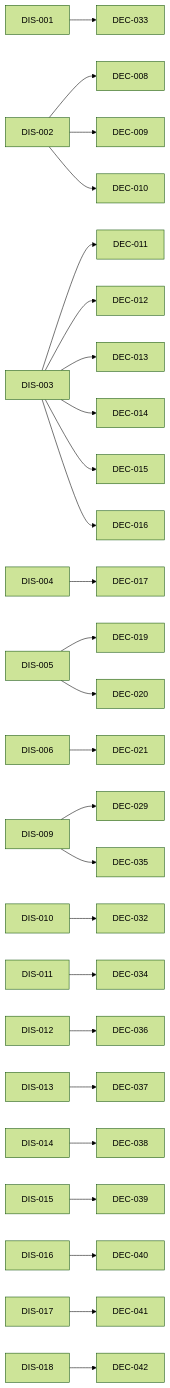
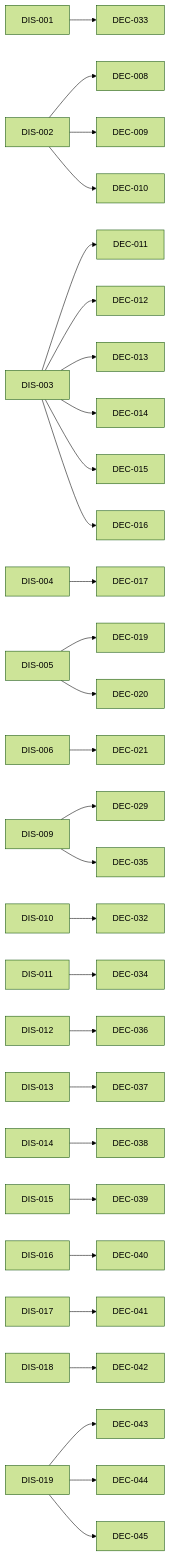
Before and after one commit to amartis/sonoai_research_notes: the diagram in INDEX.md, drawn with Mermaid (forest theme). The commit also changed other lines of this file and 4 other files, not shown here.

First line of the commit message:
DIS-019, DEC-043/044/045: cirrhosis training task (GT organ layer, sample set and split, per-sample matrices)

````diff
--- a/INDEX.md
+++ b/INDEX.md
@@ -149,28 +159,31 @@
 ```mermaid
 flowchart LR
   DIS_001[DIS-001] --> DEC_033[DEC-033]
   DIS_002[DIS-002] --> DEC_008[DEC-008]
   DIS_002[DIS-002] --> DEC_009[DEC-009]
   DIS_002[DIS-002] --> DEC_010[DEC-010]
   DIS_003[DIS-003] --> DEC_011[DEC-011]
   DIS_003[DIS-003] --> DEC_012[DEC-012]
   DIS_003[DIS-003] --> DEC_013[DEC-013]
   DIS_003[DIS-003] --> DEC_014[DEC-014]
   DIS_003[DIS-003] --> DEC_015[DEC-015]
   DIS_003[DIS-003] --> DEC_016[DEC-016]
   DIS_004[DIS-004] --> DEC_017[DEC-017]
   DIS_005[DIS-005] --> DEC_019[DEC-019]
   DIS_005[DIS-005] --> DEC_020[DEC-020]
   DIS_006[DIS-006] --> DEC_021[DEC-021]
   DIS_009[DIS-009] --> DEC_029[DEC-029]
   DIS_009[DIS-009] --> DEC_035[DEC-035]
   DIS_010[DIS-010] --> DEC_032[DEC-032]
   DIS_011[DIS-011] --> DEC_034[DEC-034]
   DIS_012[DIS-012] --> DEC_036[DEC-036]
   DIS_013[DIS-013] --> DEC_037[DEC-037]
   DIS_014[DIS-014] --> DEC_038[DEC-038]
   DIS_015[DIS-015] --> DEC_039[DEC-039]
   DIS_016[DIS-016] --> DEC_040[DEC-040]
   DIS_017[DIS-017] --> DEC_041[DEC-041]
   DIS_018[DIS-018] --> DEC_042[DEC-042]
+  DIS_019[DIS-019] --> DEC_043[DEC-043]
+  DIS_019[DIS-019] --> DEC_044[DEC-044]
+  DIS_019[DIS-019] --> DEC_045[DEC-045]
 ```
````
